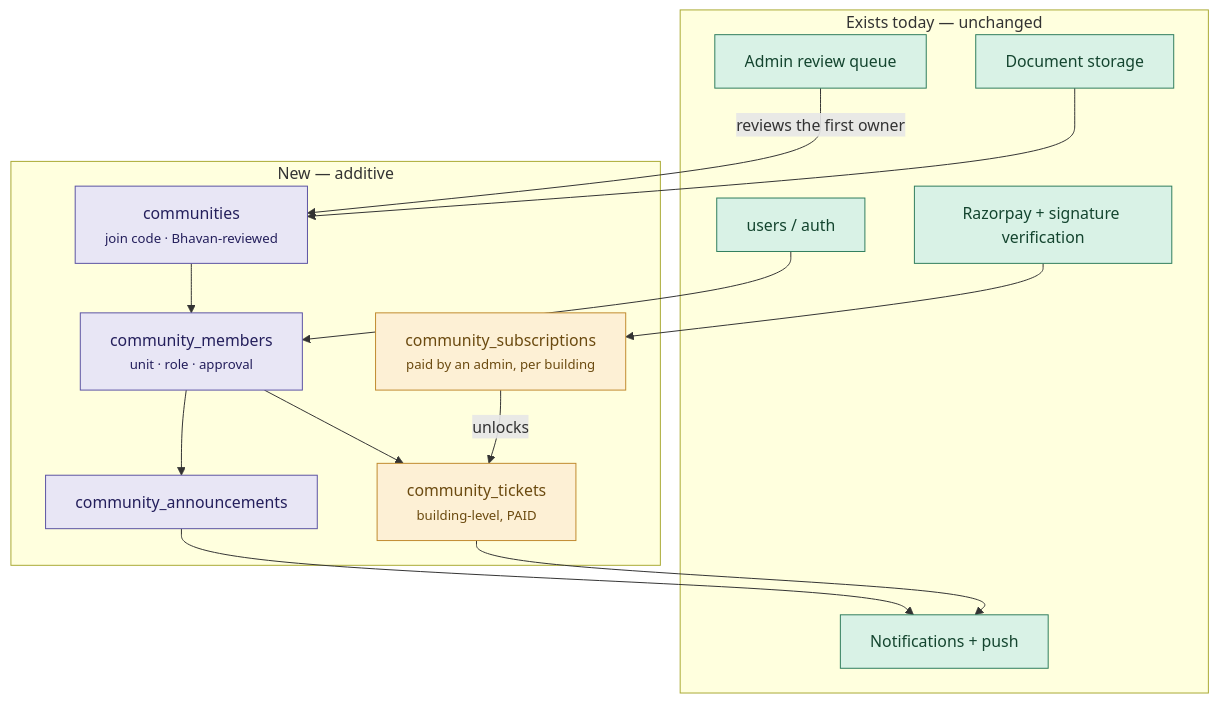
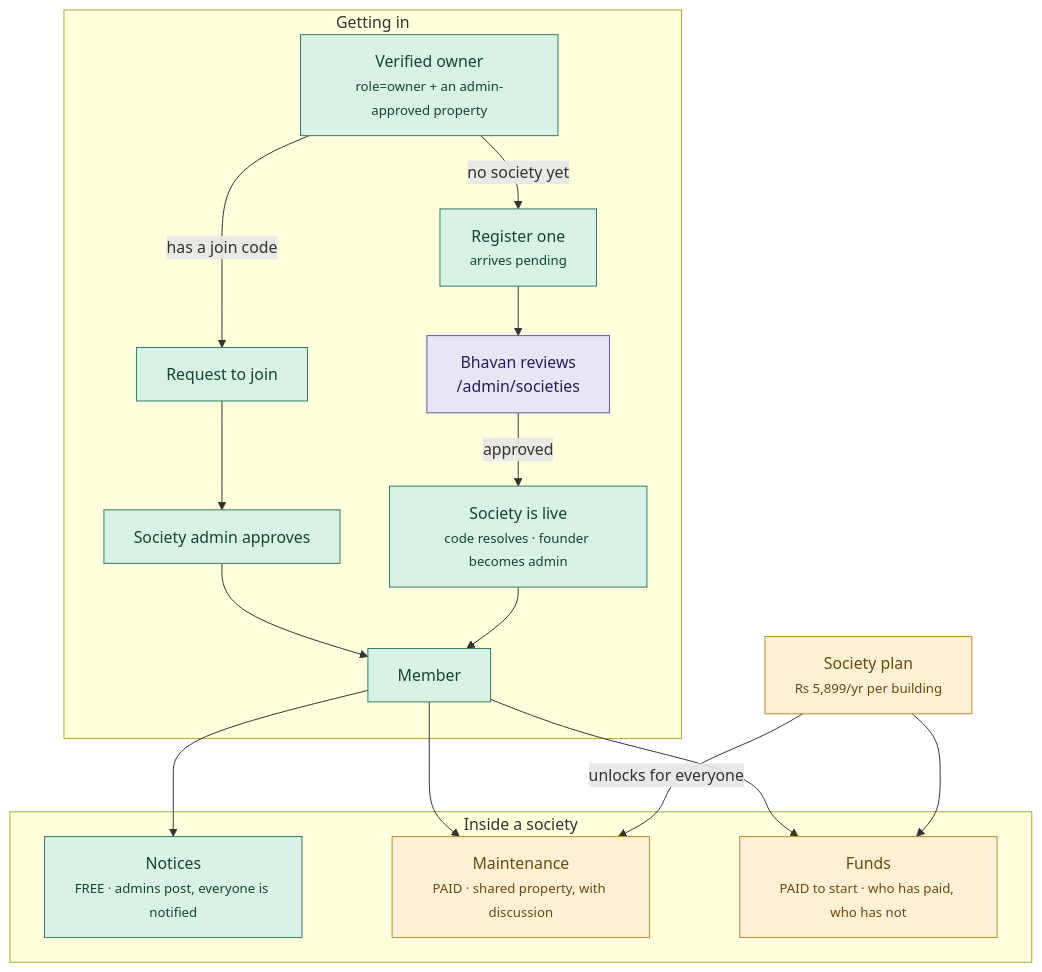
Before and after one commit to skcheguri/Bhavan: the fifth of 5 diagrams in WORKFLOWS.md, drawn with Mermaid. The commit also changed other lines of this file and 2 other files, not shown here.

````diff
--- a/WORKFLOWS.md
+++ b/WORKFLOWS.md
@@ -144,36 +154,29 @@
 ```mermaid
 flowchart TD
-  subgraph EX["Exists today — unchanged"]
-    X1["users / auth"]
-    X2["Admin review queue"]
-    X3["Notifications + push"]
-    X4["Razorpay + signature verification"]
-    X5["Document storage"]
+  subgraph JOIN["Getting in"]
+    A["Verified owner<br/><small>role=owner + an admin-approved property</small>"]
+    A -->|"has a join code"| B["Request to join"]
+    A -->|"no society yet"| C["Register one<br/><small>arrives pending</small>"]
+    C --> D["Bhavan reviews<br/>/admin/societies"]
+    D -->|approved| E["Society is live<br/><small>code resolves · founder becomes admin</small>"]
+    B --> F["Society admin approves"]
+    F --> G["Member"]
+    E --> G
   end
 
-  subgraph NEW["New — additive"]
-    N1["communities<br/><small>join code · Bhavan-reviewed</small>"]
-    N2["community_members<br/><small>unit · role · approval</small>"]
-    N3["community_tickets<br/><small>building-level, PAID</small>"]
-    N4["community_announcements"]
-    N5["community_subscriptions<br/><small>paid by an admin, per building</small>"]
+  subgraph USE["Inside a society"]
+    G --> H["Notices<br/><small>FREE · admins post, everyone is notified</small>"]
+    G --> I["Maintenance<br/><small>PAID · shared property, with discussion</small>"]
+    G --> J["Funds<br/><small>PAID to start · who has paid, who has not</small>"]
   end
 
-  X1 --> N2
-  X2 -->|"reviews the first owner"| N1
-  N1 --> N2
-  N2 --> N3
-  N2 --> N4
-  N3 --> X3
-  N4 --> X3
-  N5 -->|"unlocks"| N3
-  X4 --> N5
-  X5 --> N1
+  K["Society plan<br/><small>Rs 5,899/yr per building</small>"] -->|"unlocks for everyone"| I
+  K --> J
 
-  classDef ok fill:#d9f2e6,stroke:#2f7d5d,color:#14452f
-  classDef new fill:#e8e6f5,stroke:#5b53a3,color:#241f5c
+  classDef free fill:#d9f2e6,stroke:#2f7d5d,color:#14452f
   classDef paid fill:#fdf0d5,stroke:#c08a2e,color:#6b4a10
-  class X1,X2,X3,X4,X5 ok
-  class N1,N2,N4 new
-  class N3,N5 paid
+  classDef queue fill:#e8e6f5,stroke:#5b53a3,color:#241f5c
+  class A,B,C,E,F,G,H free
+  class I,J,K paid
+  class D queue
 ```
````
